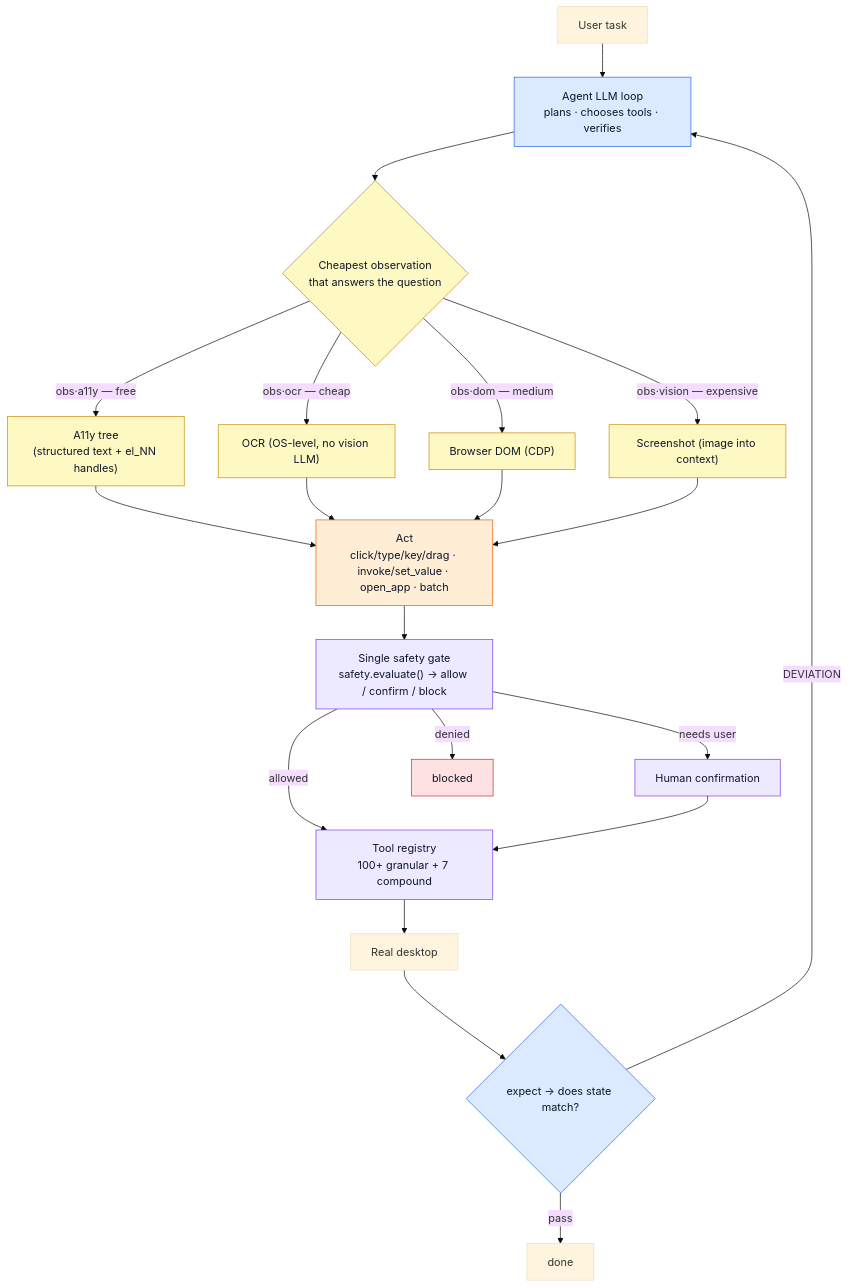
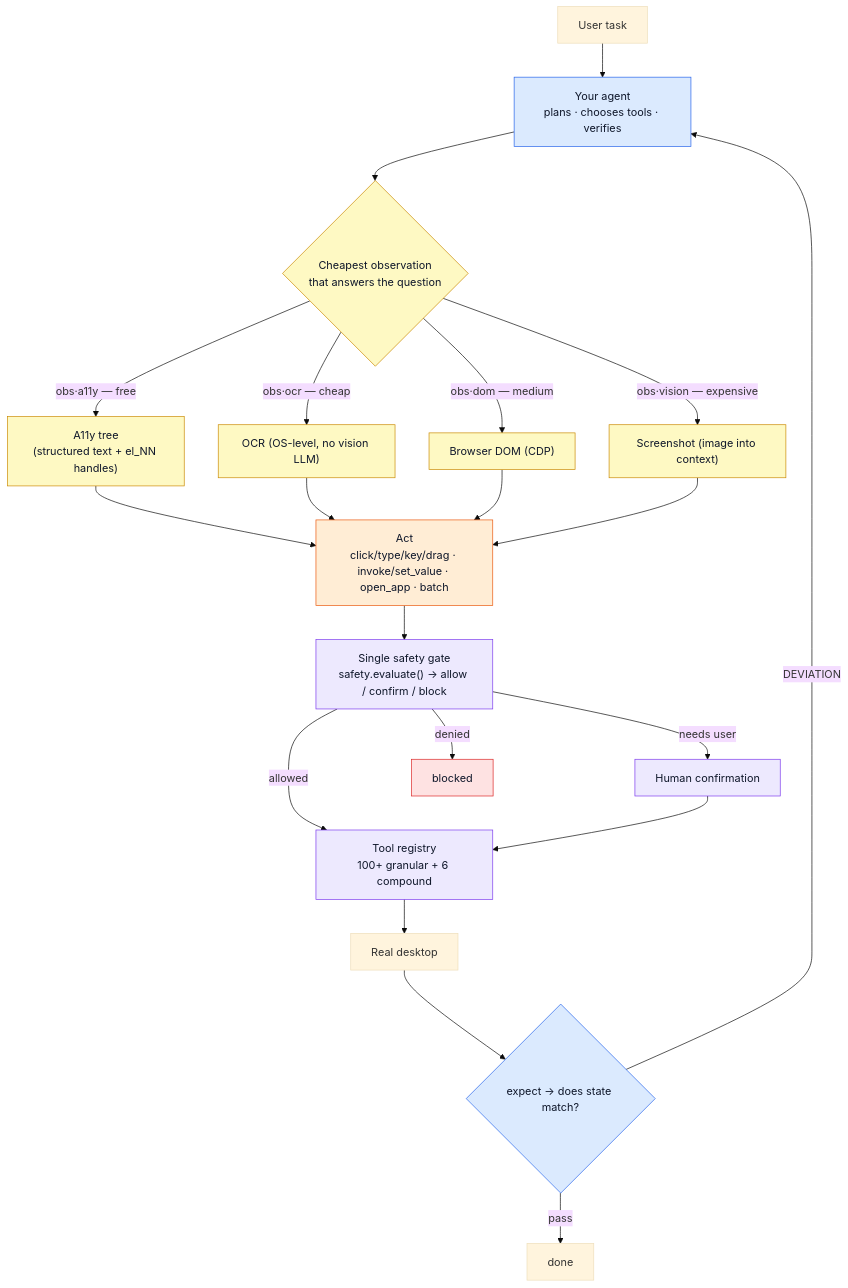
One commit to AmrDab/clawdcursor changed the diagram in README.md. Above: the diagram before and after it, drawn with Mermaid (base theme). The commit also changed other lines of this file and 104 other files, not shown here.

````diff
--- a/README.md
+++ b/README.md
@@ -335,36 +330,36 @@
 ```mermaid
 flowchart TB
-    task["User task"] --> loop["Agent LLM loop<br/>plans · chooses tools · verifies"]
+    task["User task"] --> loop["Your agent<br/>plans · chooses tools · verifies"]
     loop --> observe{"Cheapest observation<br/>that answers the question"}
 
     observe -- "obs·a11y — free" --> a11y["A11y tree<br/>(structured text + el_NN handles)"]
     observe -- "obs·ocr — cheap" --> ocr["OCR (OS-level, no vision LLM)"]
     observe -- "obs·dom — medium" --> dom["Browser DOM (CDP)"]
     observe -- "obs·vision — expensive" --> vision["Screenshot (image into context)"]
 
     a11y --> act
     ocr --> act
     dom --> act
     vision --> act
 
     act["Act<br/>click/type/key/drag · invoke/set_value · open_app · batch"] --> safety
-    safety["Single safety gate<br/>safety.evaluate() → allow / confirm / block"] -- allowed --> tools["Tool registry<br/>100+ granular + 7 compound"]
+    safety["Single safety gate<br/>safety.evaluate() → allow / confirm / block"] -- allowed --> tools["Tool registry<br/>100+ granular + 6 compound"]
     safety -- needs user --> confirm["Human confirmation"] --> tools
     safety -- denied --> blocked["blocked"]
 
     tools --> desktop["Real desktop"]
     desktop --> verify{"expect → does state match?"}
     verify -- pass --> done["done"]
     verify -- "DEVIATION" --> loop
 
     classDef agentNode fill:#dbeafe,stroke:#2563eb,color:#0f172a;
     classDef gate fill:#ede9fe,stroke:#7c3aed,color:#0f172a;
     classDef obsNode fill:#fef9c3,stroke:#ca8a04,color:#0f172a;
     classDef actNode fill:#ffedd5,stroke:#ea580c,color:#0f172a;
     classDef stop fill:#fee2e2,stroke:#dc2626,color:#0f172a;
     class loop,verify agentNode;
     class safety,confirm,tools gate;
     class observe,a11y,ocr,dom,vision obsNode;
     class act actNode;
     class blocked stop;
 ```
````
